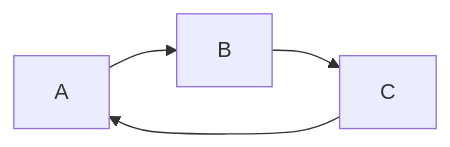
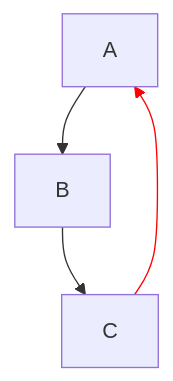
Before and after one commit to jt4d-lab/weld: the fifth of 5 diagrams in docs/core-concepts/direction.md, drawn with Mermaid. The commit also changed other lines of this file and 5 other files, not shown here.

````diff
--- a/docs/core-concepts/direction.md
+++ b/docs/core-concepts/direction.md
@@ -168,5 +168,8 @@
 ```mermaid
-flowchart LR
+flowchart TB
     A --> B --> C
-    C --> A
+    C e1@ --> A
+
+    class e1 badlink
+    classDef badlink stroke:#f00
 ```
````
